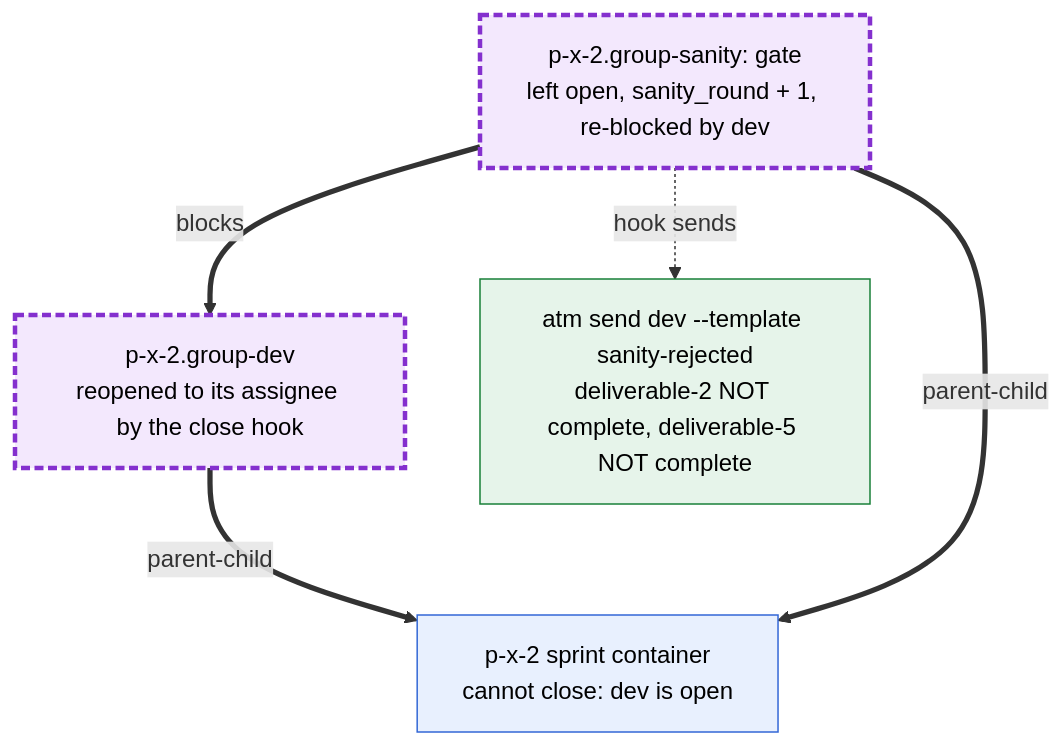
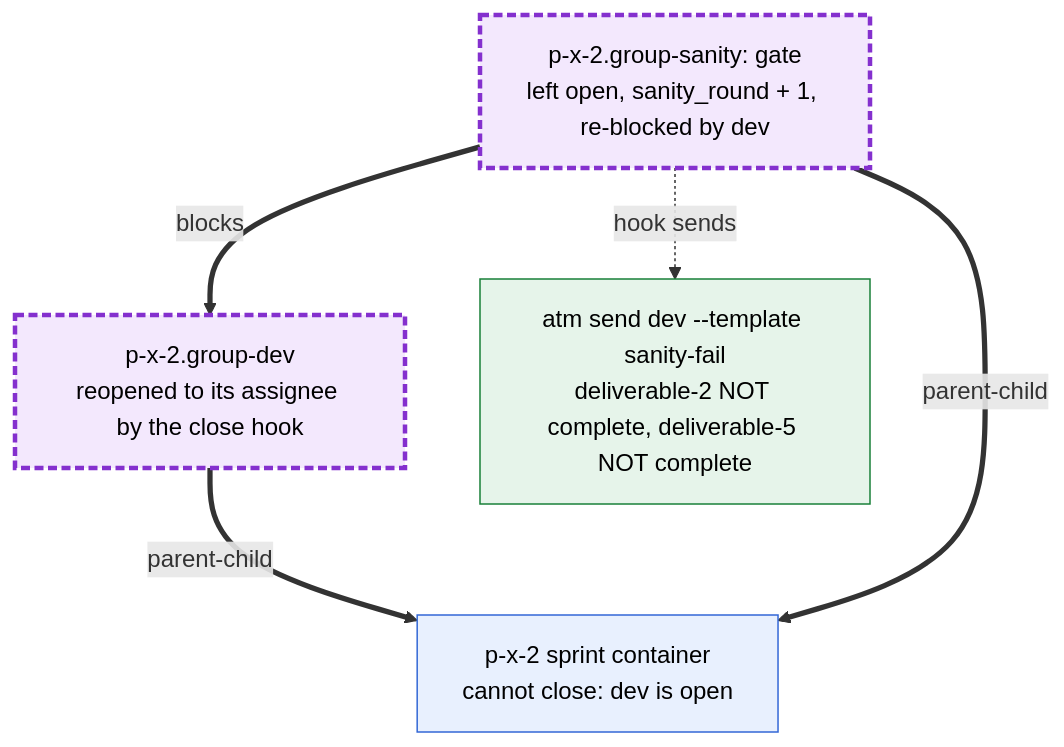
Before and after one commit to rahul05ranjan/atm-bd-orchestration: the fourth of 4 diagrams in docs/diagrams/sprint.md, drawn with Mermaid. The commit also changed other lines of this file and 11 other files, not shown here.

First line of the commit message:
docs: sanity links under the stack bead lock (sanity-stack subagent), sanity-fail and rebase-required templates, not_reproducible to the filing reviewer, qa hook informs the lead only

````diff
--- a/docs/diagrams/sprint.md
+++ b/docs/diagrams/sprint.md
@@ -131,16 +131,16 @@
 ```mermaid
 flowchart TB
   classDef tmpl fill:#e8f0fe,stroke:#3367d6,color:#000
   classDef poured fill:#f3e8fd,stroke:#8430ce,stroke-width:3px,stroke-dasharray:6 3,color:#000
   classDef script fill:#e6f4ea,stroke:#188038,color:#000
 
   SPR["p-x-2 sprint container<br/>cannot close: dev is open"]:::tmpl
   DEV["p-x-2.group-dev<br/>reopened to its assignee by the close hook"]:::poured
   SAN["p-x-2.group-sanity: gate<br/>left open, sanity_round + 1, re-blocked by dev"]:::poured
-  MSG["atm send dev --template sanity-rejected<br/>deliverable-2 NOT complete, deliverable-5 NOT complete"]:::script
+  MSG["atm send dev --template sanity-fail<br/>deliverable-2 NOT complete, deliverable-5 NOT complete"]:::script
 
   DEV ==>|parent-child| SPR
   SAN ==>|parent-child| SPR
   SAN ==>|blocks| DEV
   SAN -.->|hook sends| MSG
 ```
````
